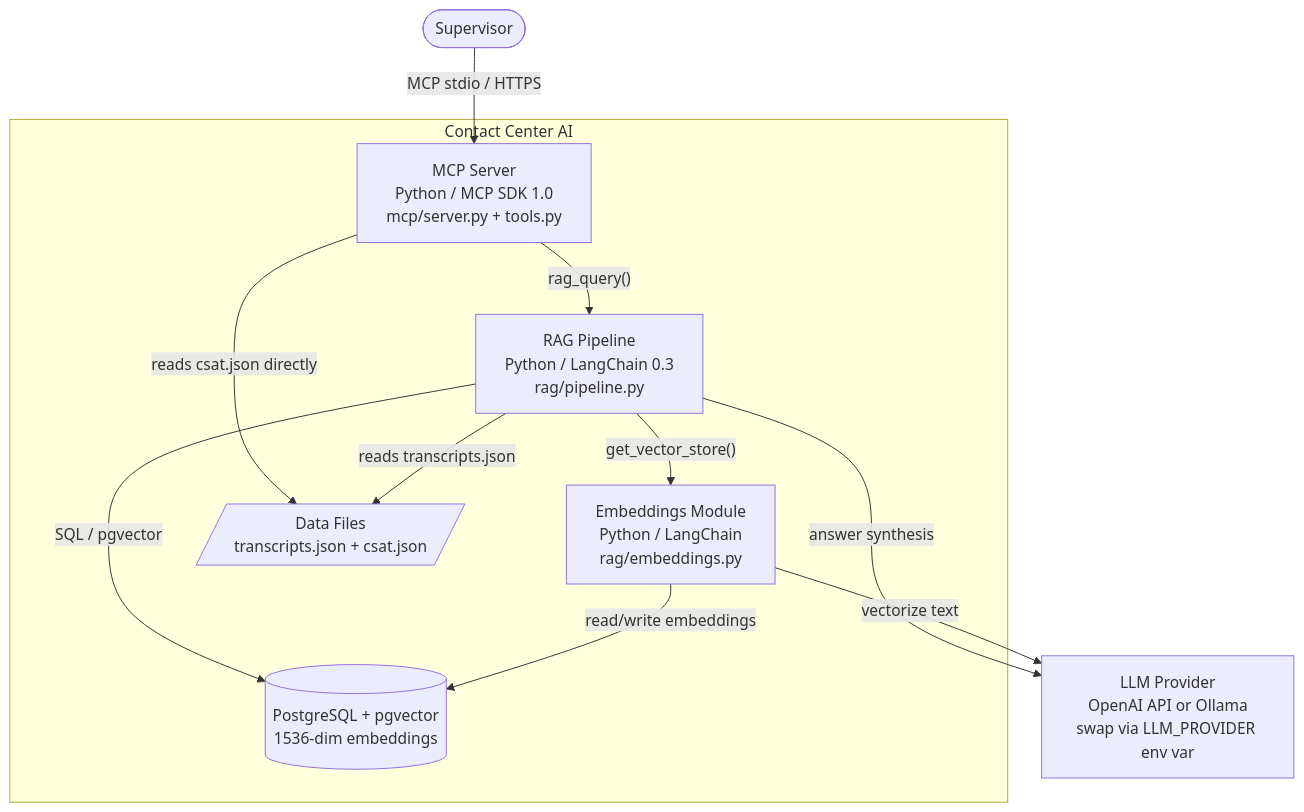
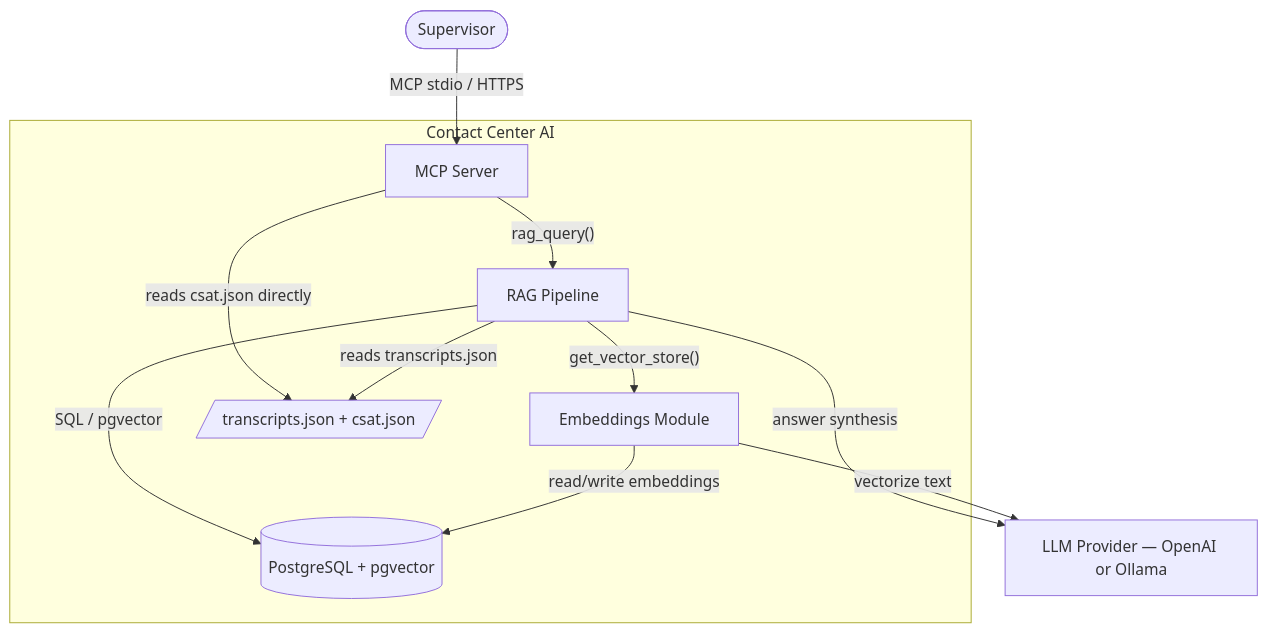
The second of 5 diagrams in blogs/01-the-blueprint/index.md (HendoCode/contact-center-ai), drawn with Mermaid before and after one commit. The commit also changed other lines of this file and 11 other files, not shown here.

First line of the commit message:
Fix Mermaid diagram rendering

````diff
--- a/blogs/01-the-blueprint/index.md
+++ b/blogs/01-the-blueprint/index.md
@@ -90,24 +90,24 @@
 ```mermaid
 flowchart TB
     supervisor(["Supervisor"])
 
     subgraph ccai ["Contact Center AI"]
-        mcpServer["MCP Server\nPython / MCP SDK 1.0\nmcp/server.py + tools.py"]
-        ragPipeline["RAG Pipeline\nPython / LangChain 0.3\nrag/pipeline.py"]
-        embedModule["Embeddings Module\nPython / LangChain\nrag/embeddings.py"]
-        pgvector[("PostgreSQL + pgvector\n1536-dim embeddings")]
-        dataFiles[/"Data Files\ntranscripts.json + csat.json"/]
+        mcpServer["MCP Server"]
+        ragPipeline["RAG Pipeline"]
+        embedModule["Embeddings Module"]
+        pgvector[("PostgreSQL + pgvector")]
+        dataFiles[/"transcripts.json + csat.json"/]
     end
 
-    llmProvider["LLM Provider\nOpenAI API or Ollama\nswap via LLM_PROVIDER env var"]
+    llmProvider["LLM Provider — OpenAI or Ollama"]
 
     supervisor -->|"MCP stdio / HTTPS"| mcpServer
     mcpServer -->|"rag_query()"| ragPipeline
     mcpServer -->|"reads csat.json directly"| dataFiles
     ragPipeline -->|"get_vector_store()"| embedModule
     ragPipeline -->|"reads transcripts.json"| dataFiles
     ragPipeline -->|"SQL / pgvector"| pgvector
     ragPipeline -->|"answer synthesis"| llmProvider
     embedModule -->|"vectorize text"| llmProvider
     embedModule -->|"read/write embeddings"| pgvector
 ```
````
